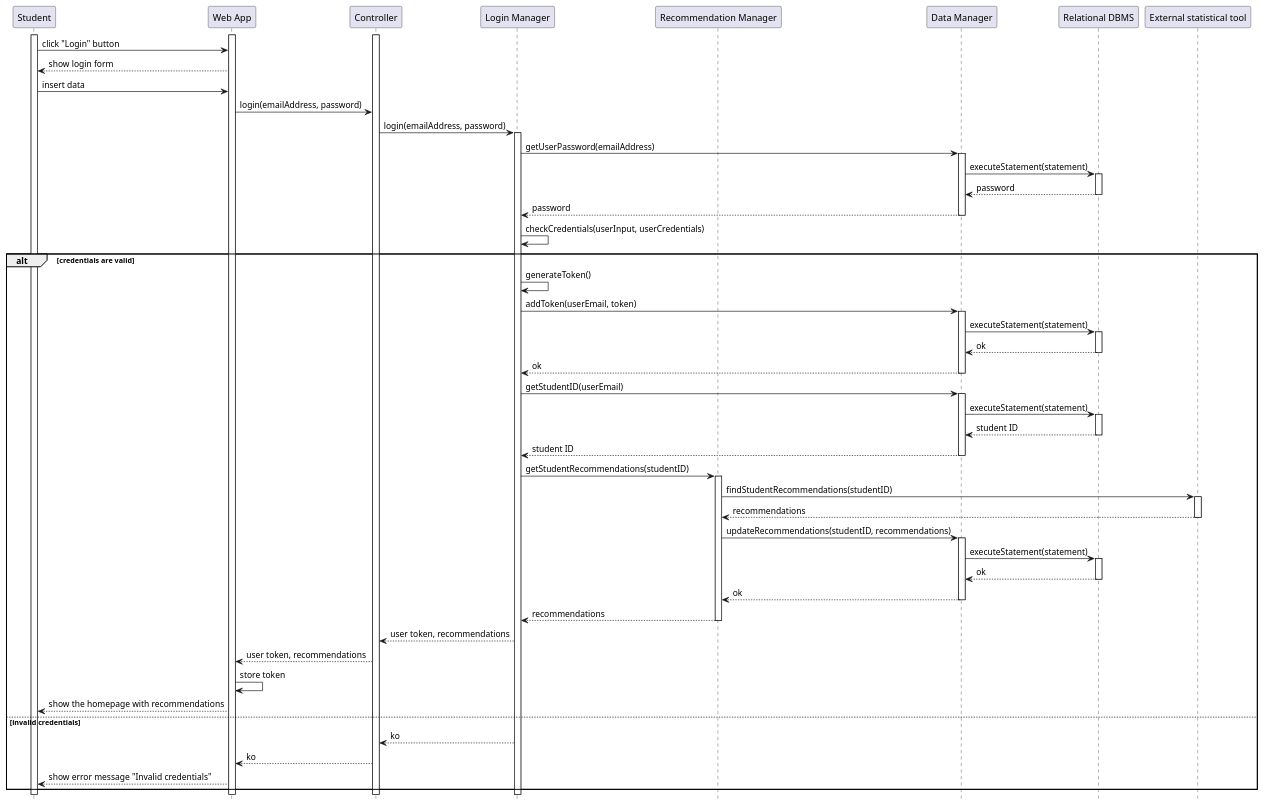
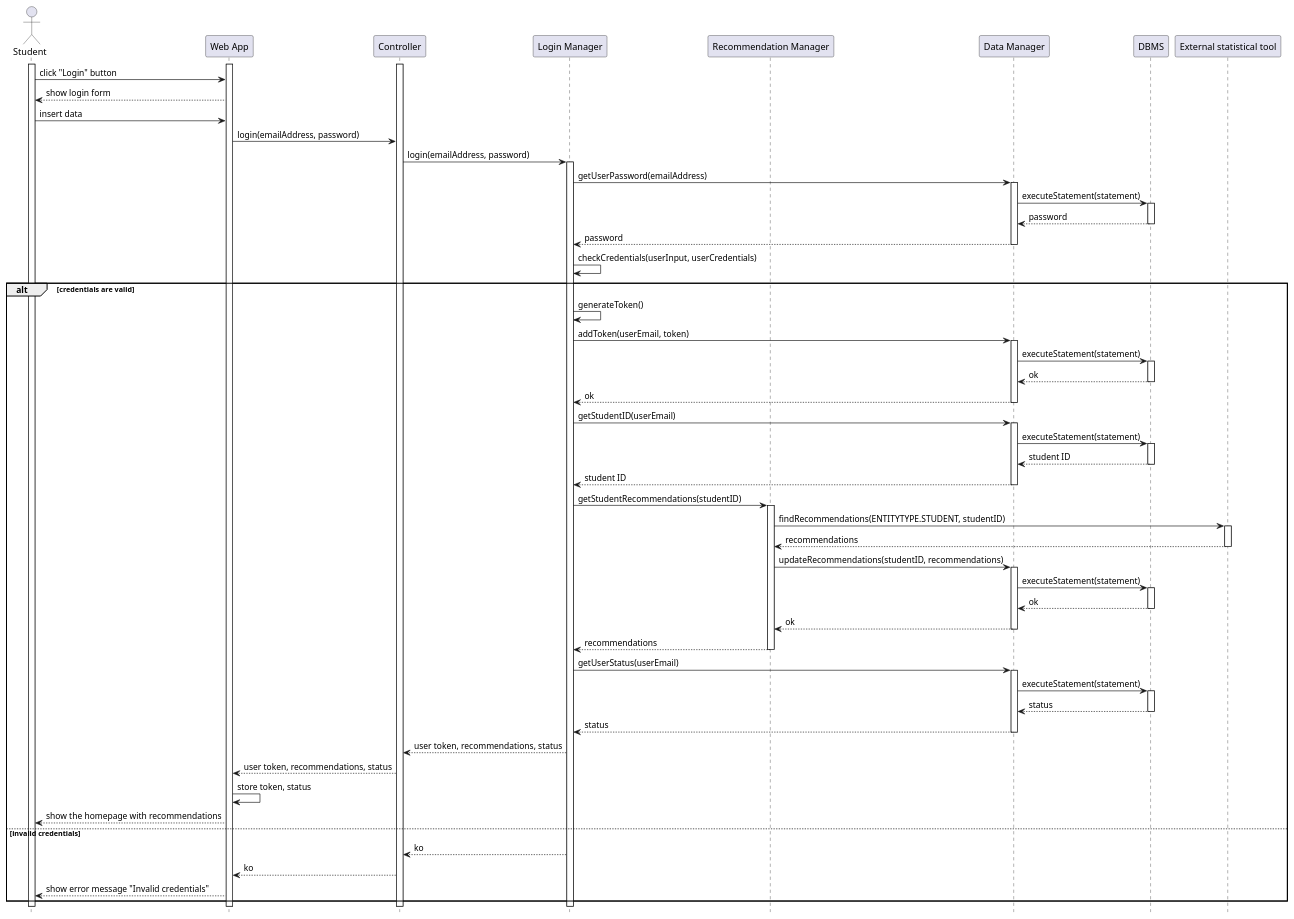
The diagram in DD/Architectural_design/uml_diagrams/RV5_diagram.puml (matti8702/R_and_DD_project_SE2), drawn with PlantUML before and after one commit. The commit also changed 9 other files, not shown here.

```diff
--- a/DD/Architectural_design/uml_diagrams/RV5_diagram.puml
+++ b/DD/Architectural_design/uml_diagrams/RV5_diagram.puml
@@ -1,78 +1,88 @@
 @startuml RV5_diagram
 hide footbox
 
-participant "Student" as S
+actor "Student" as S
 participant "Web App" as W
 participant "Controller" as C
 participant "Login Manager" as L
 participant "Recommendation Manager" as RE
 participant "Data Manager" as DM
-participant "Relational DBMS" as RD
+participant "DBMS" as RD
 participant "External statistical tool" AS EXT
 
 activate S
 activate W
 activate C
 S -> W: click "Login" button
 W --> S: show login form
 S -> W: insert data
 W -> C: login(emailAddress, password)
 C -> L: login(emailAddress, password)
 activate L
 L -> DM: getUserPassword(emailAddress)
 activate DM
 DM -> RD: executeStatement(statement)
 activate RD
 RD --> DM: password
 deactivate RD
 DM --> L: password
 deactivate DM
 L -> L: checkCredentials(userInput, userCredentials)
 
 alt credentials are valid
     L -> L: generateToken()
     L -> DM: addToken(userEmail, token)
     activate DM
     DM -> RD: executeStatement(statement)
     activate RD
     RD --> DM: ok
     deactivate RD
     DM --> L: ok
     deactivate DM
 
     L -> DM: getStudentID(userEmail)
     activate DM
     DM -> RD: executeStatement(statement)
     activate RD
     RD --> DM: student ID
     deactivate RD
     DM --> L: student ID
     deactivate DM
 
     L -> RE: getStudentRecommendations(studentID)
     activate RE
-    RE -> EXT: findStudentRecommendations(studentID)
+    RE -> EXT: findRecommendations(ENTITYTYPE.STUDENT, studentID)
     activate EXT
     EXT --> RE: recommendations
     deactivate EXT
     RE -> DM: updateRecommendations(studentID, recommendations)
     activate DM
     DM -> RD: executeStatement(statement)
     activate RD
     RD --> DM: ok
     deactivate RD
     DM --> RE: ok
     deactivate DM
     RE --> L: recommendations
     deactivate RE
-    L --> C: user token, recommendations
-    C --> W: user token, recommendations
-    W -> W: store token
+
+    L -> DM: getUserStatus(userEmail)
+    activate DM
+    DM -> RD: executeStatement(statement)
+    activate RD
+    RD --> DM: status
+    deactivate RD
+    DM --> L: status
+    deactivate DM
+
+    L --> C: user token, recommendations, status
+    C --> W: user token, recommendations, status
+    W -> W: store token, status
     W --> S: show the homepage with recommendations
 else invalid credentials
     L --> C: ko
     C --> W: ko
     W --> S: show error message "Invalid credentials"
 end
 
 @enduml
```
